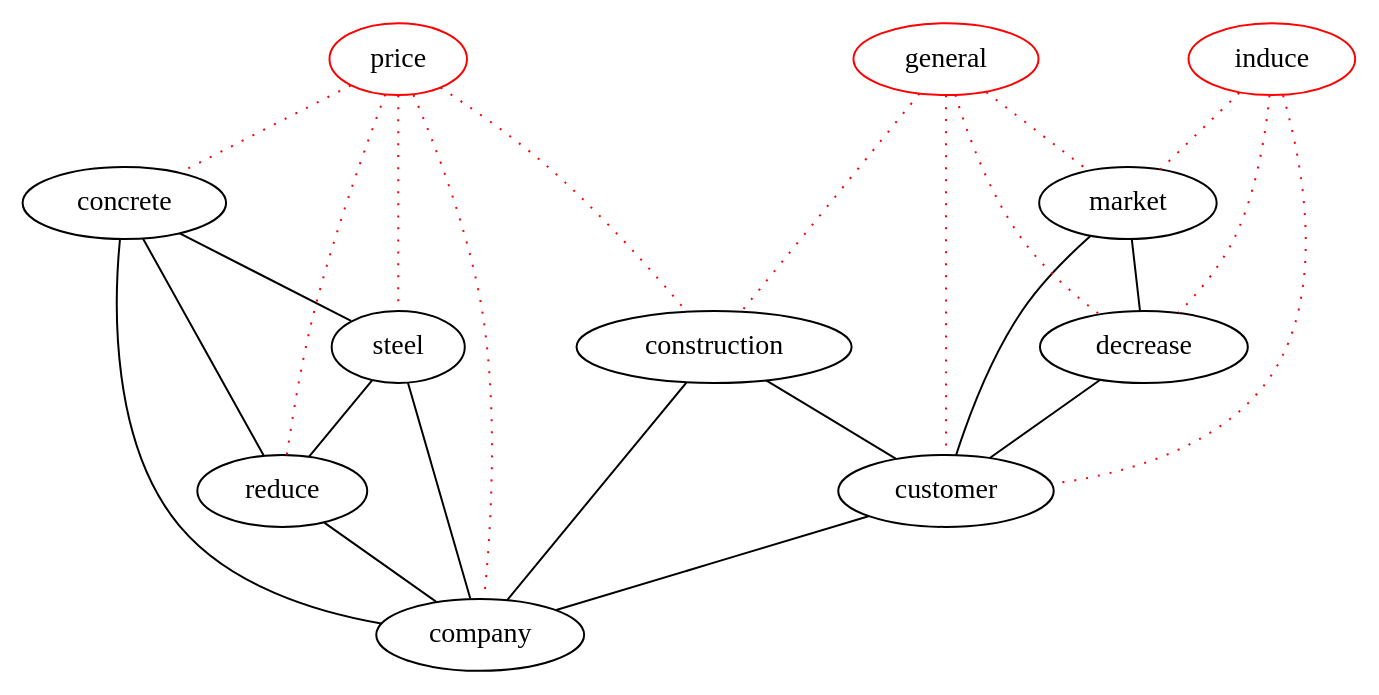
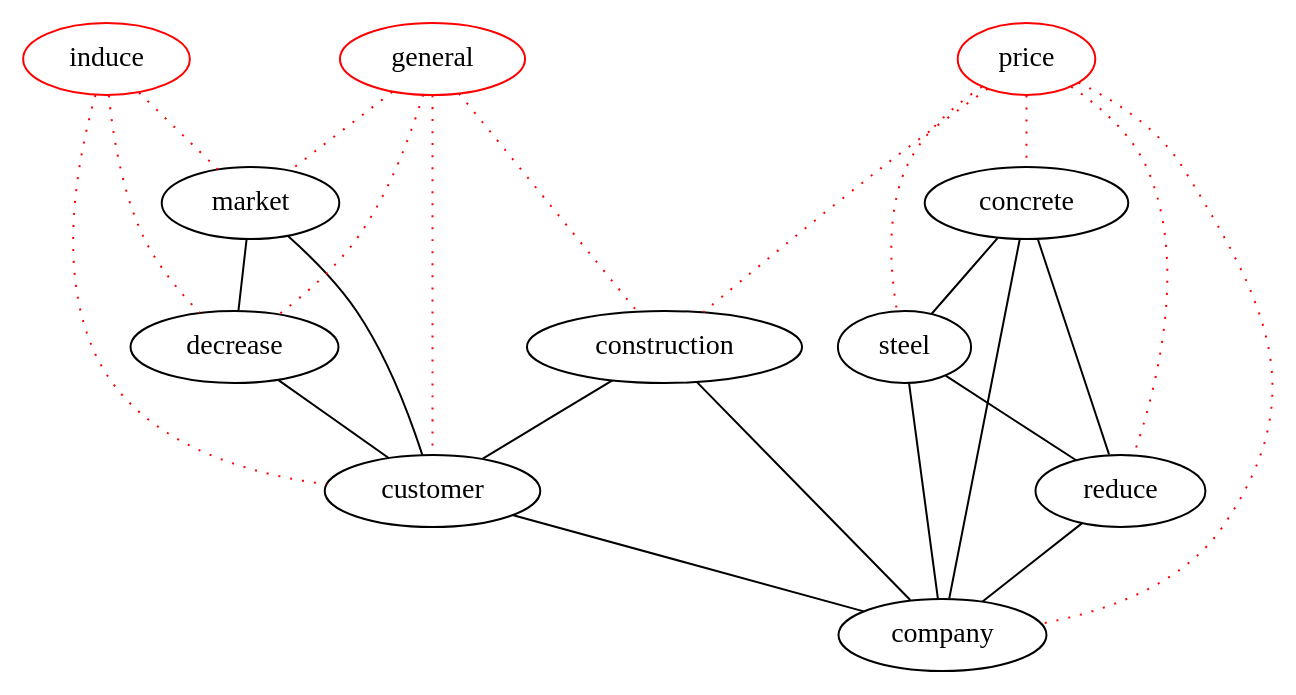
The diagram in dot/d2.dot (michaelweiss/keygraph), drawn with Graphviz before and after one commit. The commit also changed other lines of this file and 2 other files, not shown here.

```diff
--- a/dot/d2.dot
+++ b/dot/d2.dot
@@ -1,38 +1,38 @@
 graph keygraph {
 graph [size="10,10"]
 concrete [color="black"]
-company [color="black"]
-decrease [color="black"]
-market [color="black"]
-reduce [color="black"]
-construction [color="black"]
 customer [color="black"]
 steel [color="black"]
-induce [color="red"]
+market [color="black"]
+decrease [color="black"]
+construction [color="black"]
+company [color="black"]
+reduce [color="black"]
 general [color="red"]
 price [color="red"]
+induce [color="red"]
 construction--customer
 construction--company
 concrete--reduce
 steel--reduce
 customer--company
 market--decrease
 market--customer
 decrease--customer
 concrete--steel
 concrete--company
 steel--company
 reduce--company
+induce--customer [color="red", style="dotted"]
+induce--market [color="red", style="dotted"]
 induce--decrease [color="red", style="dotted"]
-induce--market [color="red", style="dotted"]
-induce--customer [color="red", style="dotted"]
+general--customer [color="red", style="dotted"]
+general--market [color="red", style="dotted"]
 general--decrease [color="red", style="dotted"]
-general--market [color="red", style="dotted"]
 general--construction [color="red", style="dotted"]
-general--customer [color="red", style="dotted"]
 price--concrete [color="red", style="dotted"]
+price--steel [color="red", style="dotted"]
+price--construction [color="red", style="dotted"]
 price--company [color="red", style="dotted"]
 price--reduce [color="red", style="dotted"]
-price--construction [color="red", style="dotted"]
-price--steel [color="red", style="dotted"]
 }
```
